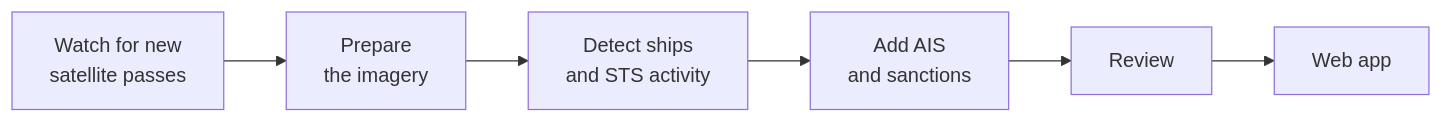
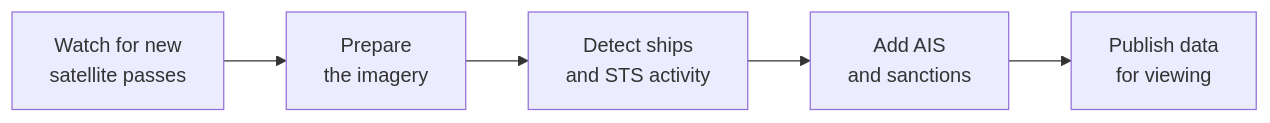
One commit to doryunger/dark-petro changed the diagram in docs/img/pipeline.mmd. Above: the diagram before and after it, drawn with Mermaid. The commit also changed 3 other files, not shown here.

First line of the commit message:
README: drop review from the pipeline and end it with publishing the data for viewing

```diff
--- a/docs/img/pipeline.mmd
+++ b/docs/img/pipeline.mmd
@@ -1,2 +1,2 @@
 flowchart LR
-    A["Watch for new<br/>satellite passes"] --> B["Prepare<br/>the imagery"] --> C["Detect ships<br/>and STS activity"] --> D["Add AIS<br/>and sanctions"] --> E["Review"] --> F["Web app"]
+    A["Watch for new<br/>satellite passes"] --> B["Prepare<br/>the imagery"] --> C["Detect ships<br/>and STS activity"] --> D["Add AIS<br/>and sanctions"] --> E["Publish data<br/>for viewing"]
```
